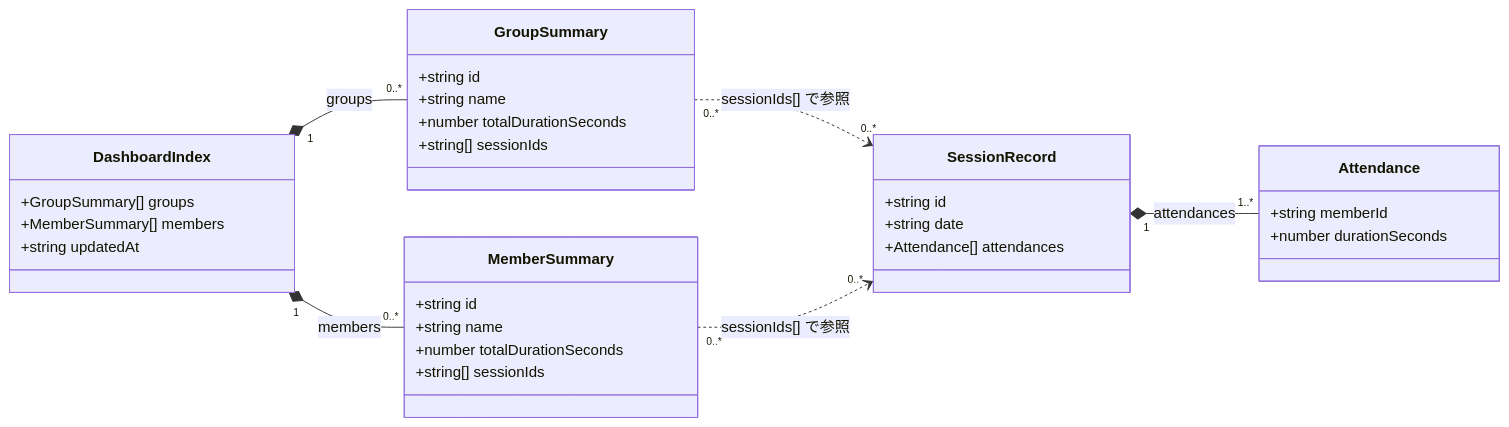
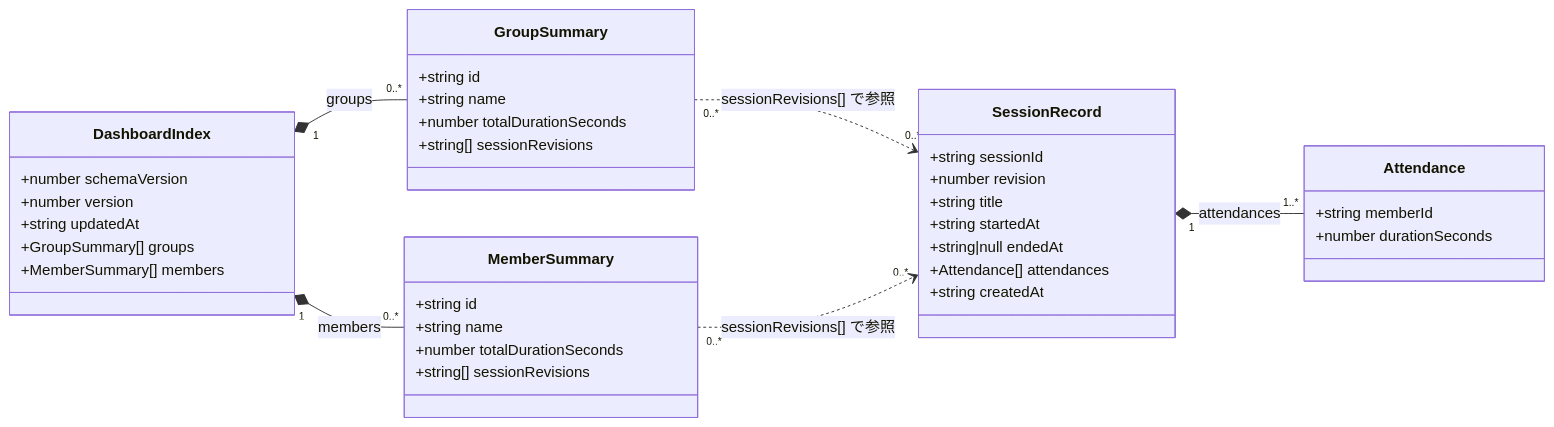
One commit to nuitsjp/teams-board changed the diagram in docs/data-model.md. Above: the diagram before and after it, drawn with Mermaid. The commit also changed other lines of this file, not shown here.

````diff
--- a/docs/data-model.md
+++ b/docs/data-model.md
@@ -29,41 +19,47 @@
 ```mermaid
 classDiagram
     direction LR
 
     class DashboardIndex {
+        +number schemaVersion
+        +number version
+        +string updatedAt
         +GroupSummary[] groups
         +MemberSummary[] members
-        +string updatedAt
     }
 
     class GroupSummary {
         +string id
         +string name
         +number totalDurationSeconds
-        +string[] sessionIds
+        +string[] sessionRevisions
     }
 
     class MemberSummary {
         +string id
         +string name
         +number totalDurationSeconds
-        +string[] sessionIds
+        +string[] sessionRevisions
     }
 
     class SessionRecord {
-        +string id
-        +string date
+        +string sessionId
+        +number revision
+        +string title
+        +string startedAt
+        +string|null endedAt
         +Attendance[] attendances
+        +string createdAt
     }
 
     class Attendance {
         +string memberId
         +number durationSeconds
     }
 
     DashboardIndex "1" *-- "0..*" GroupSummary : groups
     DashboardIndex "1" *-- "0..*" MemberSummary : members
-    GroupSummary "0..*" ..> "0..*" SessionRecord : sessionIds[] で参照
-    MemberSummary "0..*" ..> "0..*" SessionRecord : sessionIds[] で参照
+    GroupSummary "0..*" ..> "0..*" SessionRecord : sessionRevisions[] で参照
+    MemberSummary "0..*" ..> "0..*" SessionRecord : sessionRevisions[] で参照
     SessionRecord "1" *-- "1..*" Attendance : attendances
 ```
````
